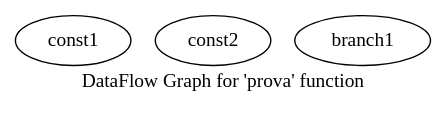
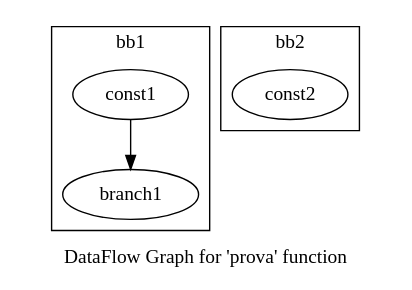
One commit to QuimMarset/TFG changed the diagram in DOTGrafs/prova.dot. Above: the diagram before and after it, drawn with Graphviz. The commit also changed 11 other files, not shown here.

```diff
--- a/DOTGrafs/prova.dot
+++ b/DOTGrafs/prova.dot
@@ -1,8 +1,16 @@
 digraph "DataFlow Graph for 'prova' function" {
 	label="DataFlow Graph for 'prova' function";
 
+subgraph cluster_bb1 { 
 	const1[shape=oval, label="const1", type = "Constant", in = "", out = "out:0", value = "3"];
+	branch1[shape=oval, label="branch1", type = "Branch", in = "in:16 inCondition?:0", out = "outTrue+:0 outFalse-:0"];
+	label = "bb1"
+}
+subgraph cluster_bb2 { 
 	const2[shape=oval, label="const2", type = "Constant", in = "", out = "out:0", value = "3.2"];
-	branch1[shape=oval, label="branch1", type = "Branch", in = "in:0 inCondition?:0", out = "outTrue+:0 outFalse-:0"];
+	label = "bb2"
+}
+
+	const1 -> branch1 [from = out, to = in];
 
 }
```
